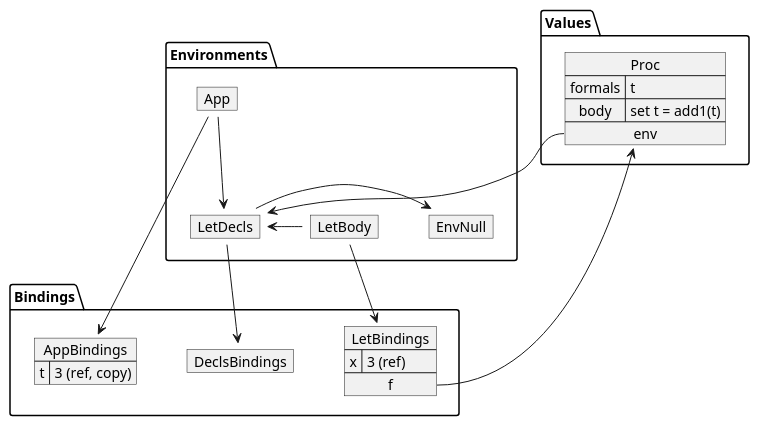
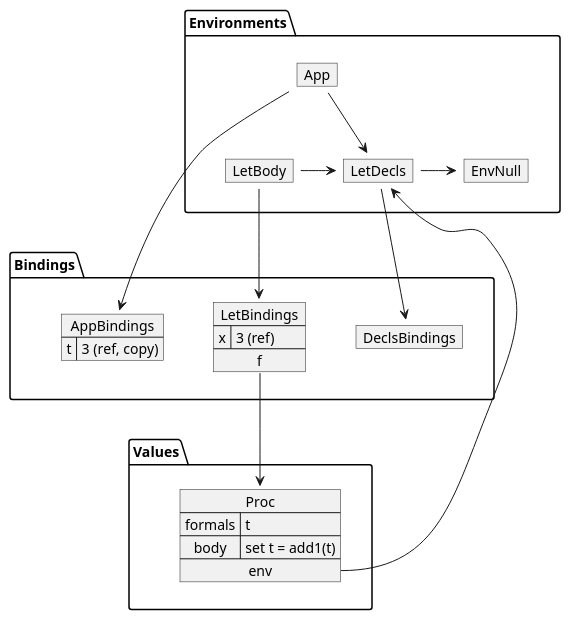
The seventh of 7 diagrams in textbook/14-set.md (ourPLCC/course-materials-ng), drawn with PlantUML before and after one commit. The commit also changed 1 other file, not shown here.

Commit message:
docs: Add constraints to improve layout of figures

````diff
--- a/textbook/14-set.md
+++ b/textbook/14-set.md
@@ -355,60 +355,63 @@
 ```plantuml
 @startuml
 package Environments {
     map "EnvNull" as empty {
     }
 }
 
 package Bindings {
     map "DeclsBindings" as DeclsBindings {
     }
 }
 
 package Environments {
     map "LetDecls" as decls {
     }
 }
 
 decls -> empty
 decls --> DeclsBindings
 
 package Values {
     map "Proc" as Proc {
         formals => t
         body => set t = add1(t)
         env *--> Environments.decls
     }
 }
 
 package Bindings {
     map "LetBindings" as LetBindings {
         x => 3 (ref)
         f *--> Values.Proc
     }
 }
 
 package Environments {
     map "LetBody" as body {
 
     }
 }
 body -> decls
 body --> LetBindings
 
 package Environments {
     map "App" as app {
     }
 }
 
 package Bindings {
     map "AppBindings" as AppBindings {
         t => 3 (ref, copy)
     }
 }
 
 app --> AppBindings
 app --> decls
 
+'layout constraints
+Environments -[hidden]- Bindings
+Bindings -[hidden]- Values
 
 @enduml
 ```
````
